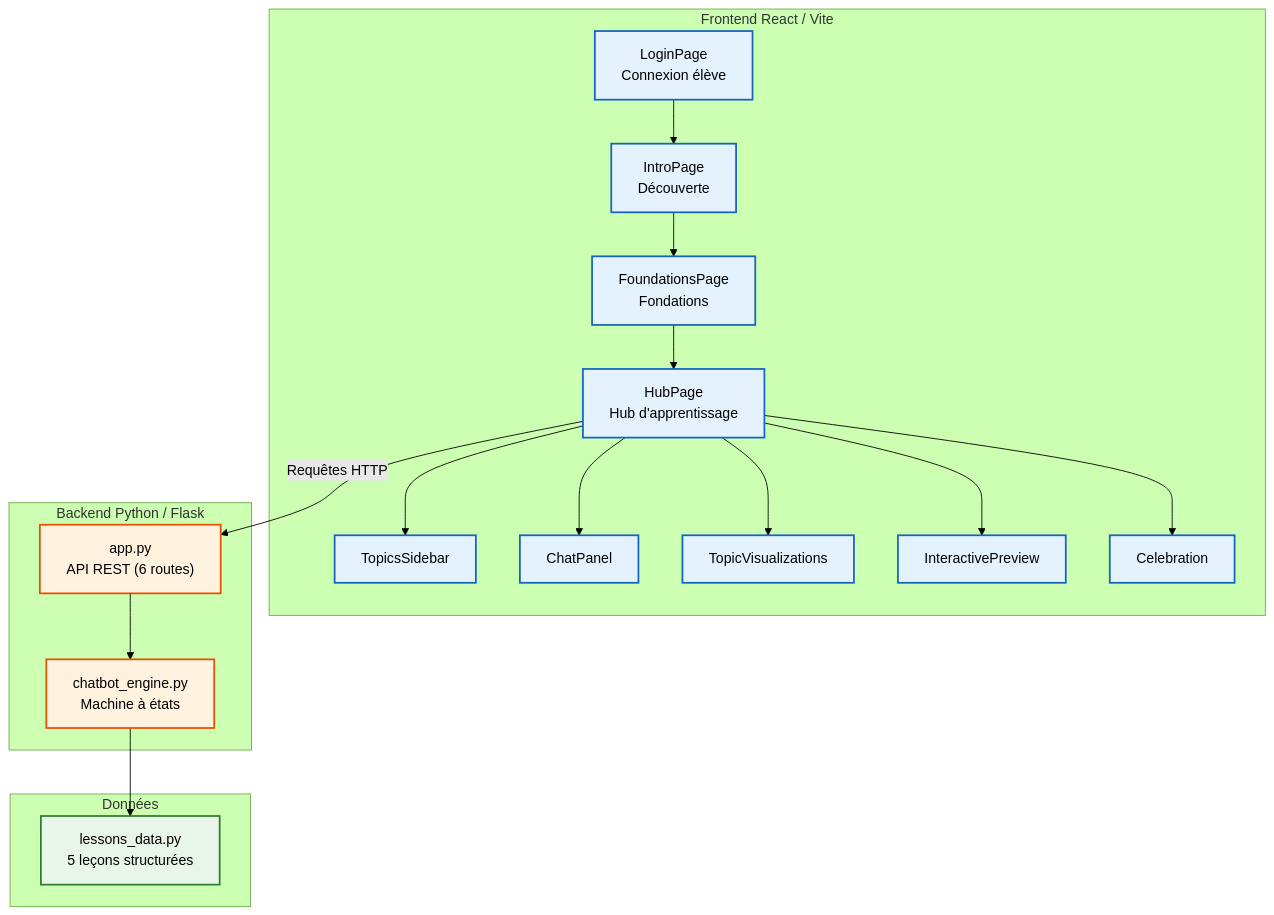
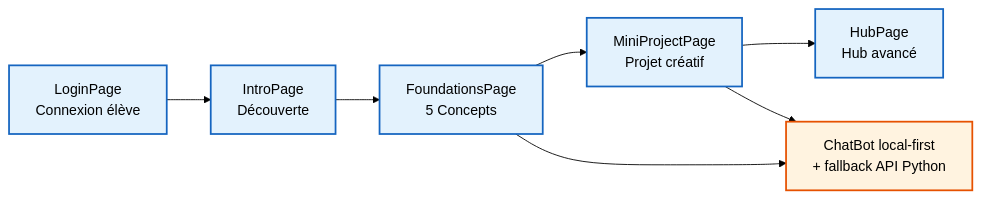
The second of 6 diagrams in design_pedagogique.md (liodavinci20-commits/chatbot_sur_la_creativite), drawn with Mermaid (forest theme) before and after one commit. The commit also changed other lines of this file and 17 other files, not shown here.

````diff
--- a/design_pedagogique.md
+++ b/design_pedagogique.md
@@ -137,34 +79,17 @@
 ```mermaid
-graph TB
-    classDef front fill:#e3f2fd,stroke:#1565c0,stroke-width:2px;
+graph LR
+    classDef page fill:#e3f2fd,stroke:#1565c0,stroke-width:2px;
+    classDef comp fill:#f3e5f5,stroke:#6a1b9a,stroke-width:1px;
     classDef back fill:#fff3e0,stroke:#e65100,stroke-width:2px;
-    classDef data fill:#e8f5e9,stroke:#2e7d32,stroke-width:2px;
 
-    subgraph Frontend React / Vite
-        Login["LoginPage<br/>Connexion élève"] --> Intro["IntroPage<br/>Découverte"]
-        Intro --> Found["FoundationsPage<br/>Fondations"]
-        Found --> Hub["HubPage<br/>Hub d'apprentissage"]
-        Hub --> Sidebar["TopicsSidebar"]
-        Hub --> Chat["ChatPanel"]
-        Hub --> Visu["TopicVisualizations"]
-        Hub --> Inter["InteractivePreview"]
-        Hub --> Celeb["Celebration"]
-    end
+    Login["LoginPage<br/>Connexion élève"] --> Intro["IntroPage<br/>Découverte"]
+    Intro --> Found["FoundationsPage<br/>5 Concepts"]
+    Found --> Mini["MiniProjectPage<br/>Projet créatif"]
+    Mini --> Hub["HubPage<br/>Hub avancé"]
 
-    subgraph Backend Python / Flask
-        API["app.py<br/>API REST (6 routes)"]
-        Engine["chatbot_engine.py<br/>Machine à états"]
-    end
+    Found --> ChatBot["ChatBot local-first<br/>+ fallback API Python"]
+    Mini --> ChatBot
 
-    subgraph Données
-        Lessons["lessons_data.py<br/>5 leçons structurées"]
-    end
-
-    Hub -->|"Requêtes HTTP"| API
-    API --> Engine
-    Engine --> Lessons
-
-    class Login,Intro,Found,Hub,Sidebar,Chat,Visu,Inter,Celeb front;
-    class API,Engine back;
-    class Lessons data;
+    class Login,Intro,Found,Mini,Hub page;
+    class ChatBot back;
 ```
````
